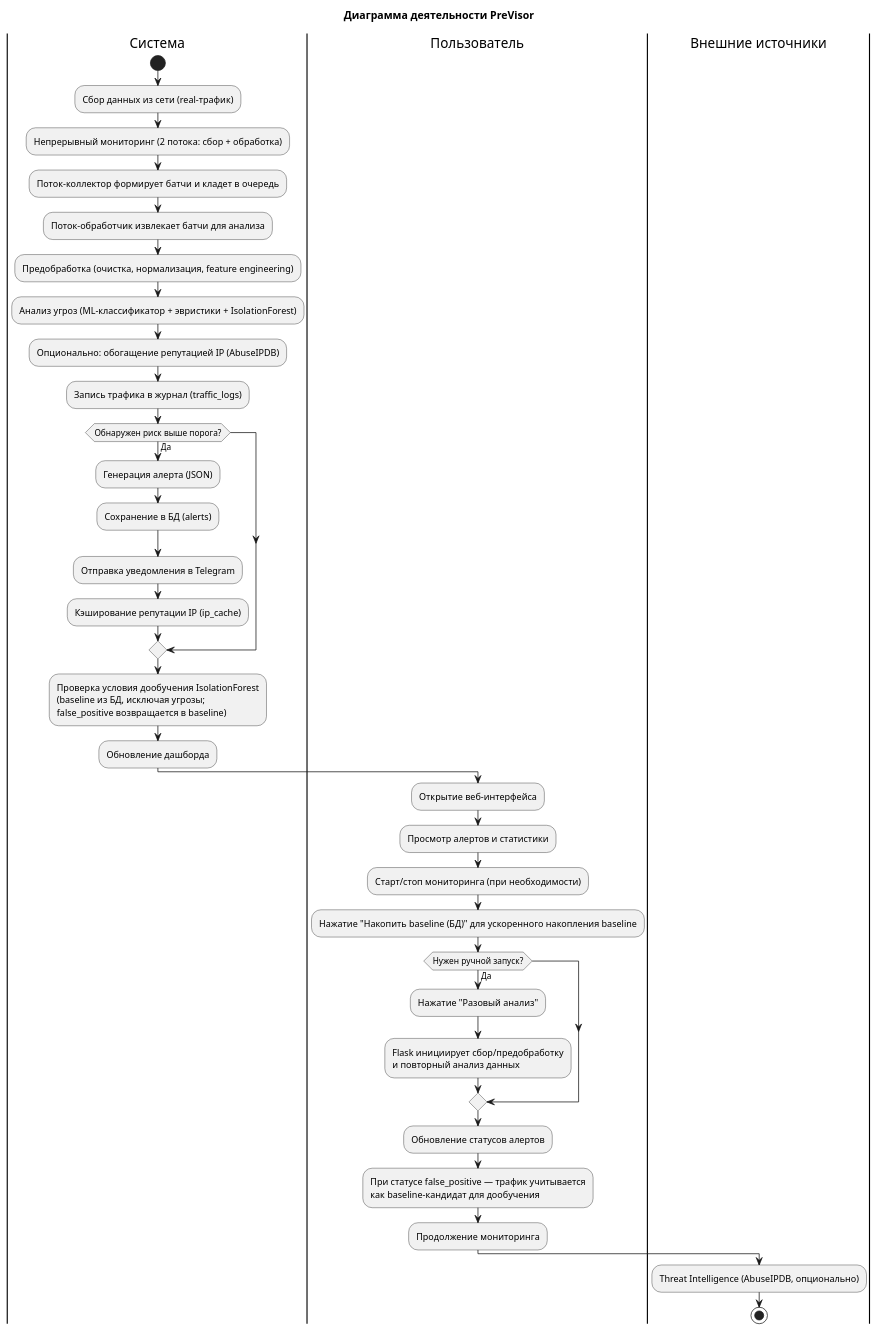
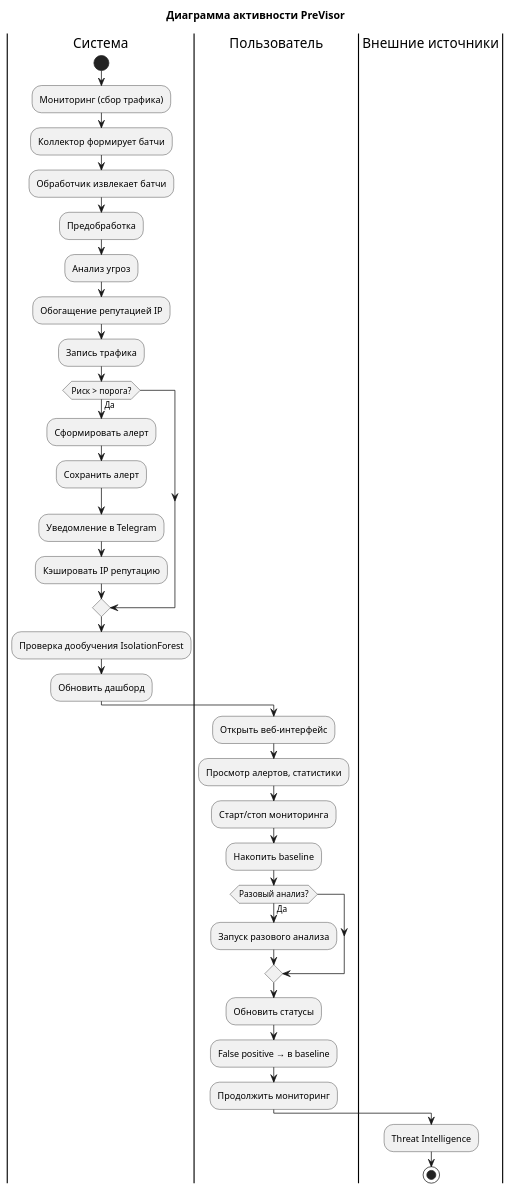
One commit to k00000tek/previsor changed the diagram in static/previsor_activity_diagram.puml. Above: the diagram before and after it, drawn with PlantUML. The commit also changed 19 other files, not shown here.

Commit message:
Previsor v3 08-02-2026: update diagrams

```diff
--- a/static/previsor_activity_diagram.puml
+++ b/static/previsor_activity_diagram.puml
@@ -1,43 +1,39 @@
 @startuml
-'https://plantuml.com/activity-diagram
-title Диаграмма деятельности PreVisor
+title Диаграмма активности PreVisor
 
 |Система|
 start
-:Сбор данных из сети (real-трафик);
-:Непрерывный мониторинг (2 потока: сбор + обработка);
-:Поток-коллектор формирует батчи и кладет в очередь;
-:Поток-обработчик извлекает батчи для анализа;
-:Предобработка (очистка, нормализация, feature engineering);
-:Анализ угроз (ML-классификатор + эвристики + IsolationForest);
-:Опционально: обогащение репутацией IP (AbuseIPDB);
-:Запись трафика в журнал (traffic_logs);
+:Мониторинг (сбор трафика);
+:Коллектор формирует батчи;
+:Обработчик извлекает батчи;
+:Предобработка;
+:Анализ угроз;
+:Обогащение репутацией IP;
+:Запись трафика;
 
-if (Обнаружен риск выше порога?) then (Да)
-  :Генерация алерта (JSON);
-  :Сохранение в БД (alerts);
-  :Отправка уведомления в Telegram;
-  :Кэширование репутации IP (ip_cache);
+if (Риск > порога?) then (Да)
+  :Сформировать алерт;
+  :Сохранить алерт;
+  :Уведомление в Telegram;
+  :Кэшировать IP репутацию;
 endif
-:Проверка условия дообучения IsolationForest\n(baseline из БД, исключая угрозы;\nfalse_positive возвращается в baseline);
-:Обновление дашборда;
+:Проверка дообучения IsolationForest;
+:Обновить дашборд;
 
 |Пользователь|
-:Открытие веб-интерфейса;
-:Просмотр алертов и статистики;
-:Старт/стоп мониторинга (при необходимости);
-:Нажатие "Накопить baseline (БД)" для ускоренного накопления baseline;
-if (Нужен ручной запуск?) then (Да)
-  :Нажатие "Разовый анализ";
-  :Flask инициирует сбор/предобработку
-  и повторный анализ данных;
+:Открыть веб‑интерфейс;
+:Просмотр алертов, статистики;
+:Старт/стоп мониторинга;
+:Накопить baseline;
+if (Разовый анализ?) then (Да)
+  :Запуск разового анализа;
 endif
-:Обновление статусов алертов;
-:При статусе false_positive — трафик учитывается\nкак baseline-кандидат для дообучения;
-:Продолжение мониторинга;
+:Обновить статусы;
+:False positive → в baseline;
+:Продолжить мониторинг;
 
 |Внешние источники|
-:Threat Intelligence (AbuseIPDB, опционально);
+:Threat Intelligence;
 
 stop
 @enduml
```
